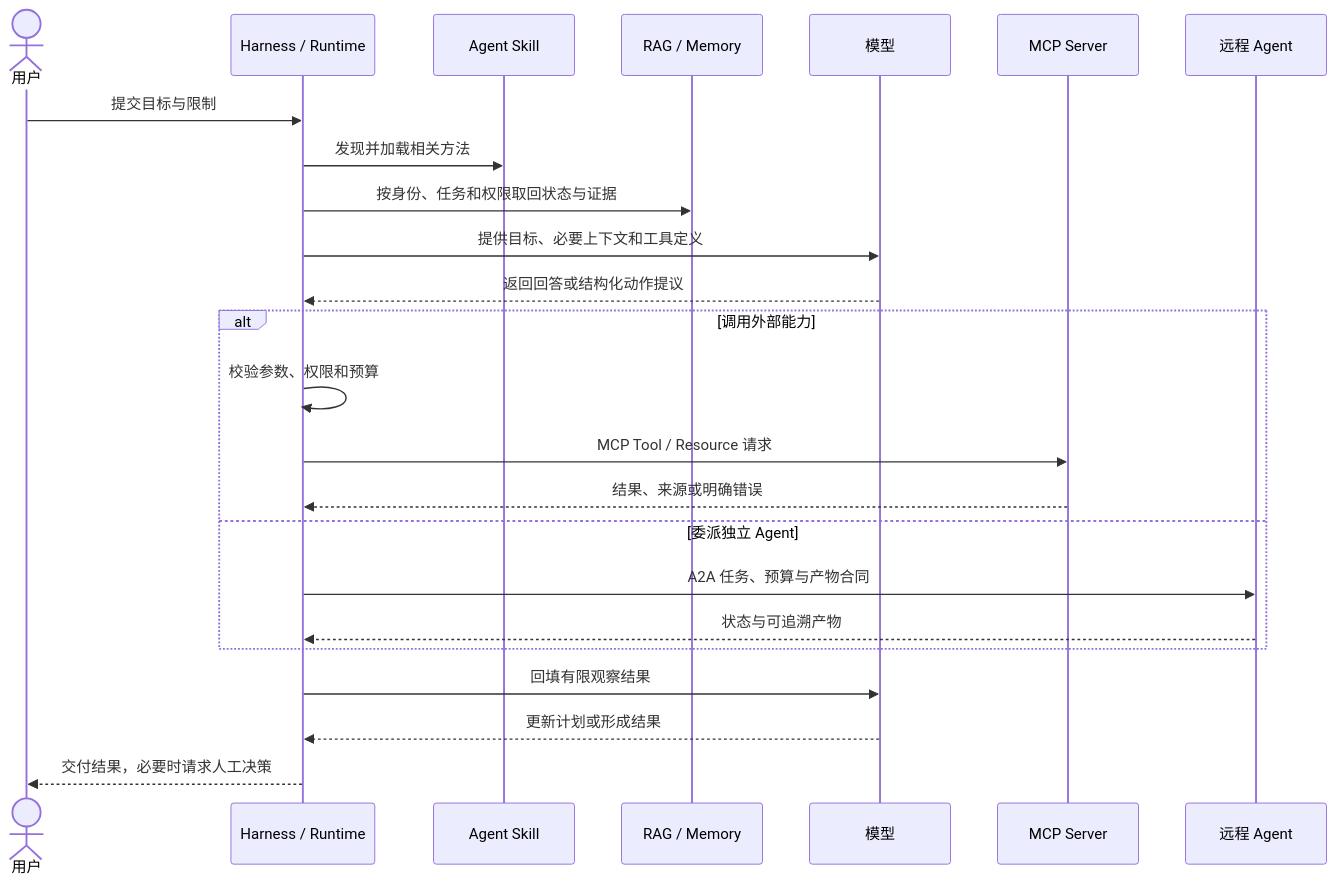
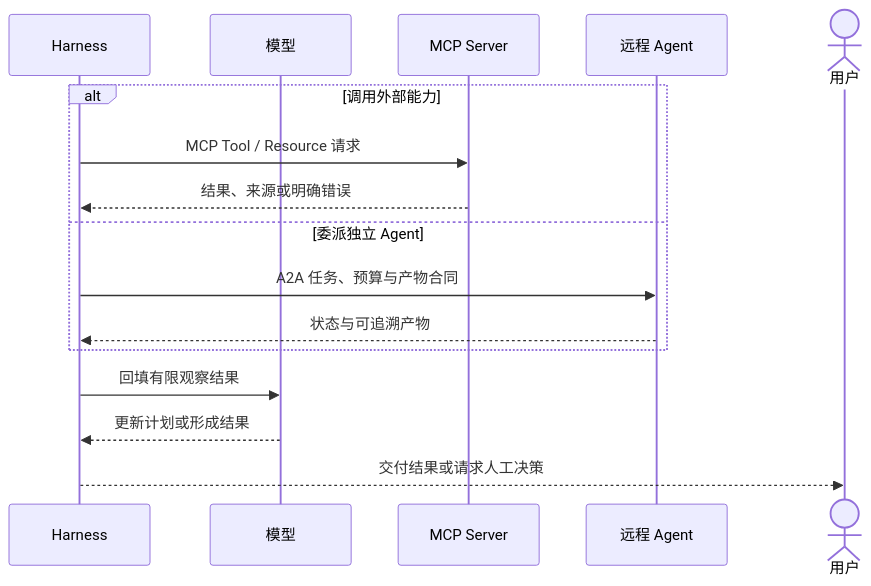
One commit to FoLaJJ/agent-systems-notes changed the sixth of 8 diagrams in docs/01-agent-evolution.md. Above: the diagram before and after it, drawn with Mermaid. The commit also changed other lines of this file and 11 other files, not shown here.

Commit message:
Improve Mermaid diagram readability

````diff
--- a/docs/01-agent-evolution.md
+++ b/docs/01-agent-evolution.md
@@ -229,26 +233,18 @@
 ```mermaid
 sequenceDiagram
-    actor U as 用户
-    participant H as Harness / Runtime
-    participant S as Agent Skill
-    participant K as RAG / Memory
+    participant H as Harness
     participant L as 模型
     participant M as MCP Server
     participant A as 远程 Agent
-    U->>H: 提交目标与限制
-    H->>S: 发现并加载相关方法
-    H->>K: 按身份、任务和权限取回状态与证据
-    H->>L: 提供目标、必要上下文和工具定义
-    L-->>H: 返回回答或结构化动作提议
+    actor U as 用户
     alt 调用外部能力
-      H->>H: 校验参数、权限和预算
       H->>M: MCP Tool / Resource 请求
       M-->>H: 结果、来源或明确错误
     else 委派独立 Agent
       H->>A: A2A 任务、预算与产物合同
       A-->>H: 状态与可追溯产物
     end
     H->>L: 回填有限观察结果
     L-->>H: 更新计划或形成结果
-    H-->>U: 交付结果，必要时请求人工决策
+    H-->>U: 交付结果或请求人工决策
 ```
````
